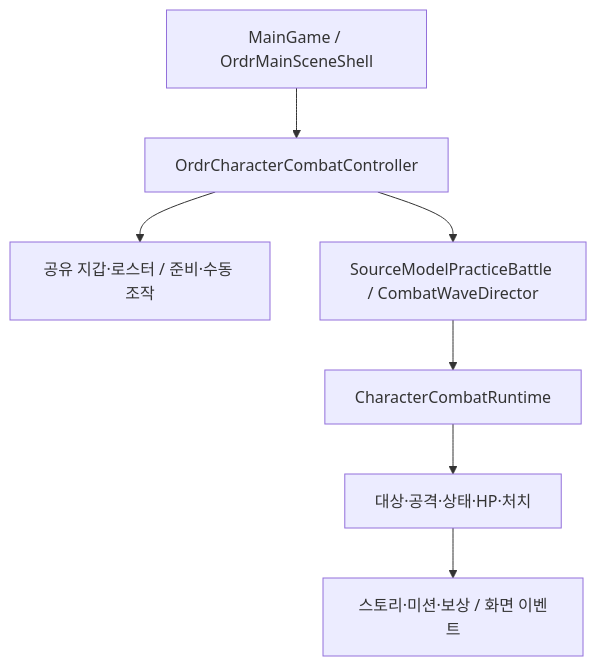
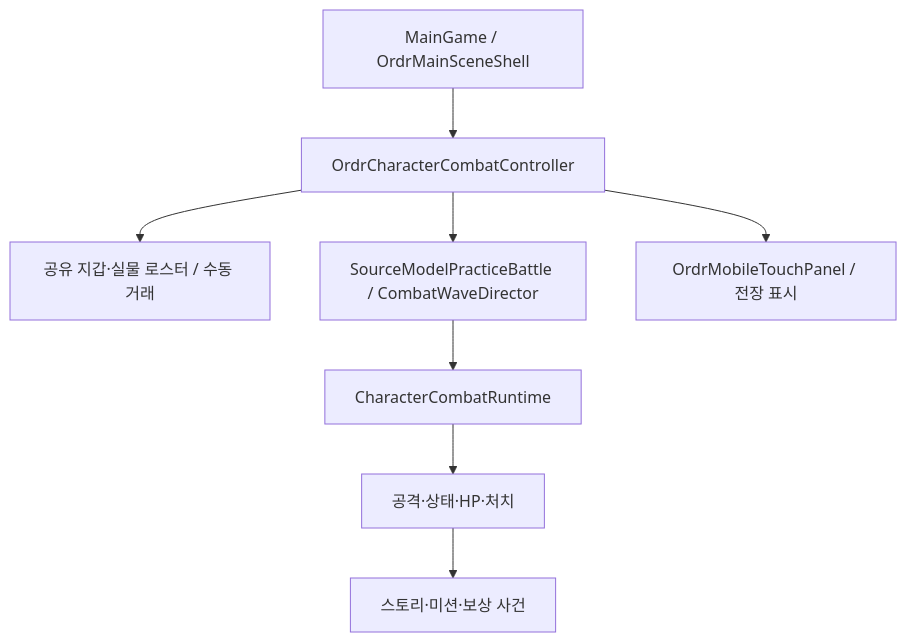
Before and after one commit to cuteu2474-a11y/ordr-unity-mobile: the diagram in docs/CODE_MAP.md, drawn with Mermaid. The commit also changed other lines of this file and 8 other files, not shown here.

````diff
--- a/docs/CODE_MAP.md
+++ b/docs/CODE_MAP.md
@@ -7,9 +7,10 @@
 ```mermaid
 flowchart TD
   A["MainGame / OrdrMainSceneShell"] --> B["OrdrCharacterCombatController"]
-  B --> C["공유 지갑·로스터 / 준비·수동 조작"]
+  B --> C["공유 지갑·실물 로스터 / 수동 거래"]
   B --> D["SourceModelPracticeBattle / CombatWaveDirector"]
   D --> E["CharacterCombatRuntime"]
-  E --> F["대상·공격·상태·HP·처치"]
-  F --> G["스토리·미션·보상 / 화면 이벤트"]
+  E --> F["공격·상태·HP·처치"]
+  F --> G["스토리·미션·보상 사건"]
+  B --> H["OrdrMobileTouchPanel / 전장 표시"]
 ```
````
